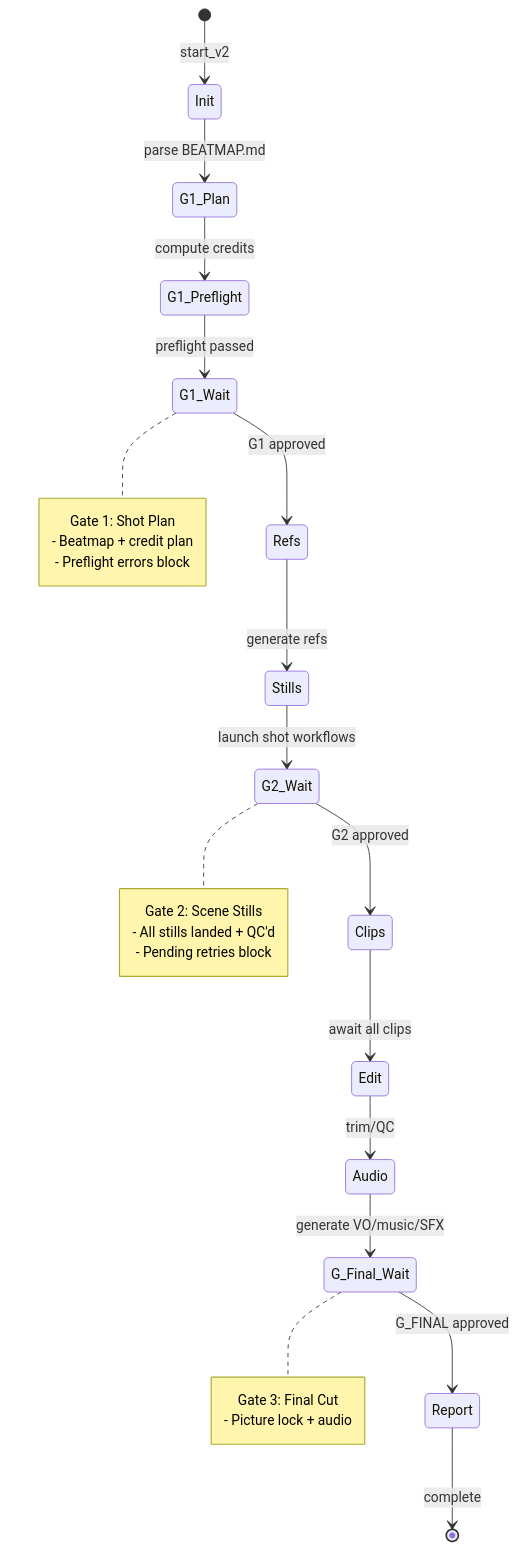
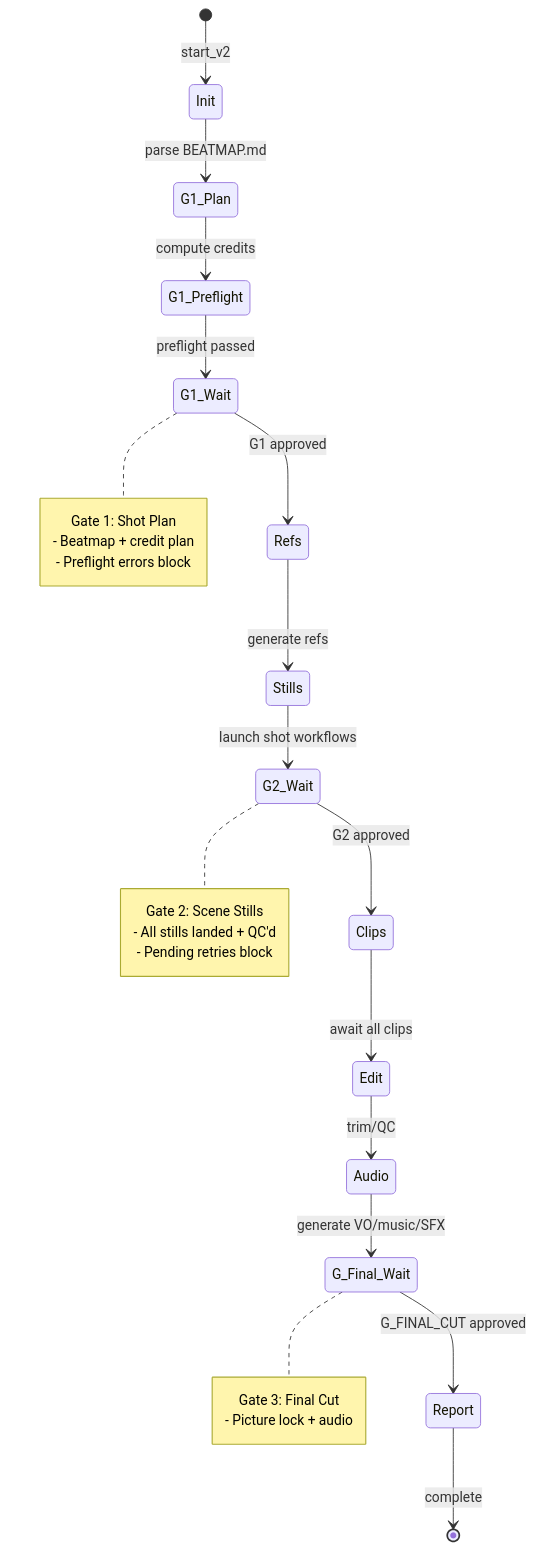
Before and after one commit to TravisBuilds/DuckDuckGoose: the second of 4 diagrams in docs/ARCHITECTURE.md, drawn with Mermaid. The commit also changed other lines of this file and 6 other files, not shown here.

````diff
--- a/docs/ARCHITECTURE.md
+++ b/docs/ARCHITECTURE.md
@@ -85,37 +85,37 @@
 ```mermaid
 stateDiagram-v2
     [*] --> Init: start_v2
     Init --> G1_Plan: parse BEATMAP.md
     
     G1_Plan --> G1_Preflight: compute credits
     G1_Preflight --> G1_Wait: preflight passed
     G1_Wait --> Refs: G1 approved
     
     Refs --> Stills: generate refs
     Stills --> G2_Wait: launch shot workflows
     
     G2_Wait --> Clips: G2 approved
     Clips --> Edit: await all clips
     Edit --> Audio: trim/QC
     Audio --> G_Final_Wait: generate VO/music/SFX
     
-    G_Final_Wait --> Report: G_FINAL approved
+    G_Final_Wait --> Report: G_FINAL_CUT approved
     Report --> [*]: complete
     
     note right of G1_Wait
         Gate 1: Shot Plan
         - Beatmap + credit plan
         - Preflight errors block
     end note
     
     note right of G2_Wait
         Gate 2: Scene Stills
         - All stills landed + QC'd
         - Pending retries block
     end note
     
     note right of G_Final_Wait
         Gate 3: Final Cut
         - Picture lock + audio
     end note
 ```
````
